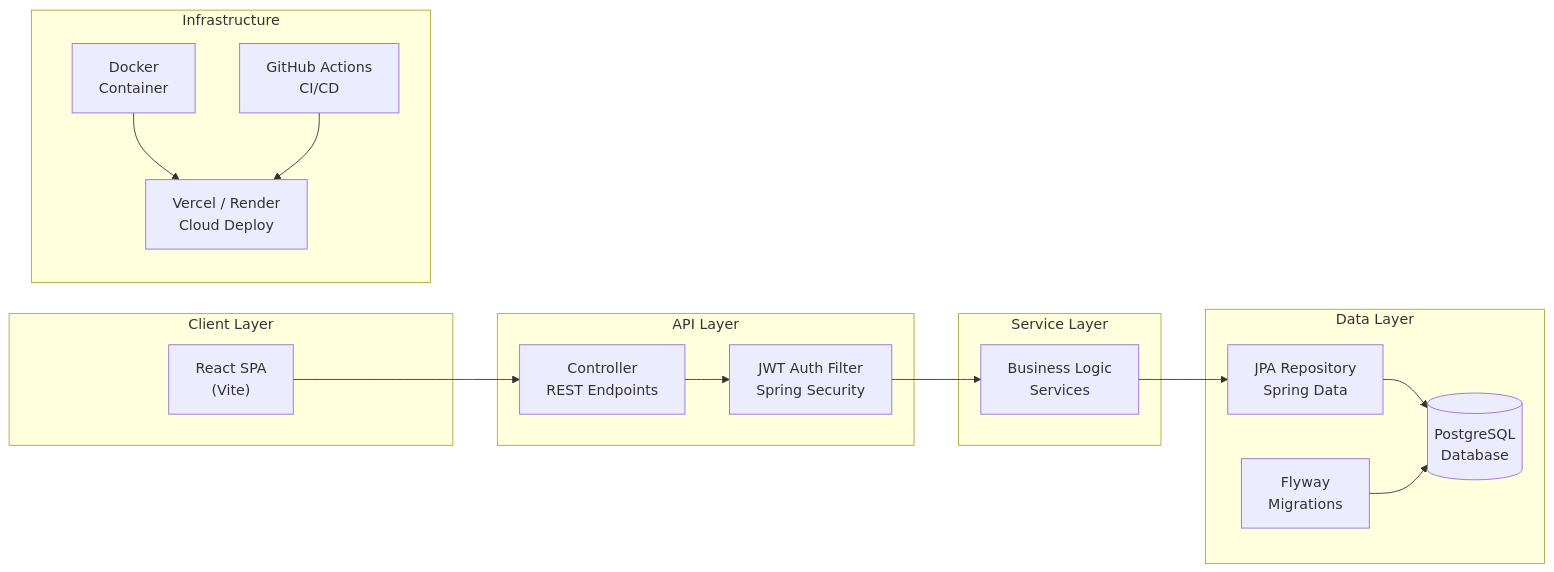
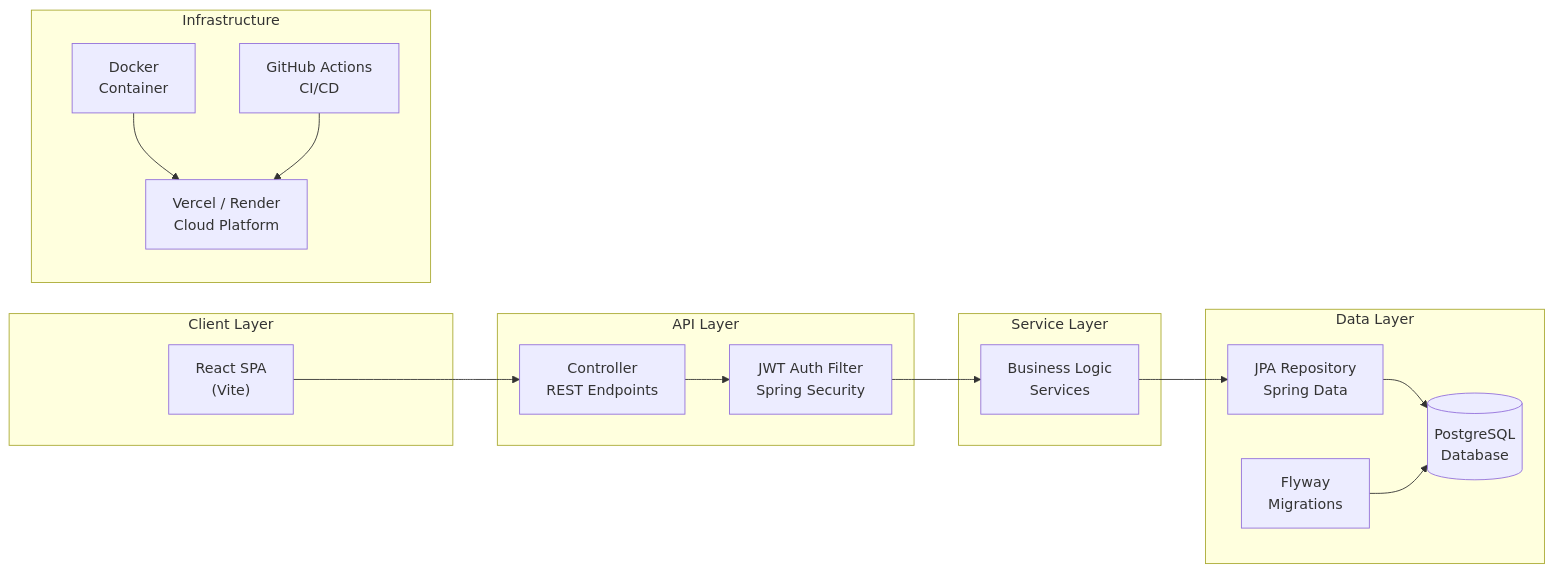
Before and after one commit to karthikJKST/karthikJKST: the diagram in README.md, drawn with Mermaid. The commit also changed other lines of this file, not shown here.

Commit message:
Final premium profile: engineering cards with icons, screenshots section, Mermaid diagram

````diff
--- a/README.md
+++ b/README.md
@@ -42,32 +63,32 @@
 ```mermaid
 flowchart LR
     subgraph Client["Client Layer"]
-        React["React SPA\n(Vite)"]
+        React["React SPA<br/>(Vite)"]
     end
     subgraph API["API Layer"]
-        Controller["Controller\nREST Endpoints"]
-        Auth["JWT Auth Filter\nSpring Security"]
+        Controller["Controller<br/>REST Endpoints"]
+        Auth["JWT Auth Filter<br/>Spring Security"]
     end
     subgraph Service["Service Layer"]
-        ServiceLogic["Business Logic\nServices"]
+        ServiceLogic["Business Logic<br/>Services"]
     end
     subgraph Data["Data Layer"]
-        Repository["JPA Repository\nSpring Data"]
-        Migration["Flyway\nMigrations"]
-        DB[("PostgreSQL\nDatabase")]
+        Repository["JPA Repository<br/>Spring Data"]
+        Migration["Flyway<br/>Migrations"]
+        DB[("PostgreSQL<br/>Database")]
     end
     subgraph Infrastructure["Infrastructure"]
-        Docker["Docker\nContainer"]
-        CI["GitHub Actions\nCI/CD"]
-        Cloud["Vercel / Render\nCloud Deploy"]
+        Docker["Docker<br/>Container"]
+        CI["GitHub Actions<br/>CI/CD"]
+        Cloud["Vercel / Render<br/>Cloud Platform"]
     end
 
     React --> Controller
     Controller --> Auth
     Auth --> ServiceLogic
     ServiceLogic --> Repository
     Repository --> DB
     Migration --> DB
     Docker --> Cloud
     CI --> Cloud
 ```
````
